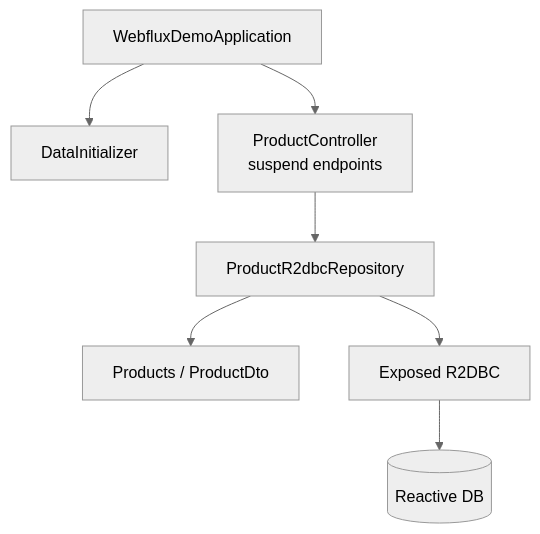
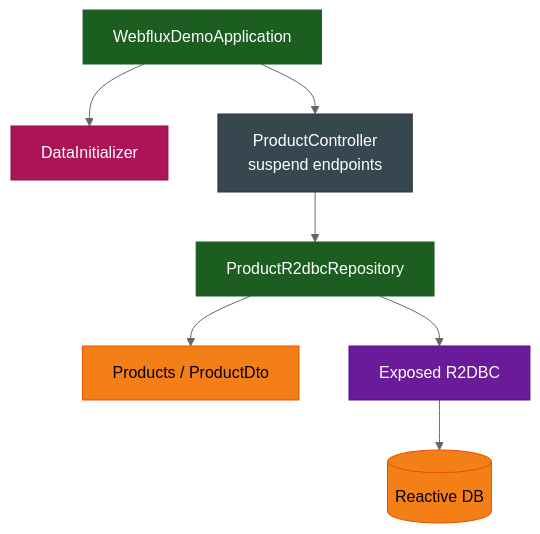
One commit to bluetape4k/bluetape4k-projects changed the second of 2 diagrams in spring-boot3/exposed-r2dbc-demo/README.ko.md. Above: the diagram before and after it, drawn with Mermaid (neutral theme). The commit also changed other lines of this file and 221 other files, not shown here.

First line of the commit message:
docs: 전체 모듈 README UML 다이어그램 보강 및 색상 업그레이드

````diff
--- a/spring-boot3/exposed-r2dbc-demo/README.ko.md
+++ b/spring-boot3/exposed-r2dbc-demo/README.ko.md
@@ -65,17 +72,31 @@
 ```mermaid
 flowchart TD
     App["WebfluxDemoApplication"]
     Init["DataInitializer"]
     Controller["ProductController<br/>suspend endpoints"]
     Repo["ProductR2dbcRepository"]
     Table["Products / ProductDto"]
     R2DBC["Exposed R2DBC"]
     DB[("Reactive DB")]
 
     App --> Init
     App --> Controller
     Controller --> Repo
     Repo --> Table
     Repo --> R2DBC
     R2DBC --> DB
+
+    classDef coreStyle fill:#1B5E20,stroke:#1B5E20,color:#FFFFFF
+    classDef asyncStyle fill:#6A1B9A,stroke:#4A148C,color:#FFFFFF
+    classDef extStyle fill:#37474F,stroke:#263238,color:#FFFFFF
+    classDef dataStyle fill:#F57F17,stroke:#E65100,color:#000000
+    classDef testStyle fill:#AD1457,stroke:#880E4F,color:#FFFFFF
+
+    class App coreStyle
+    class Init testStyle
+    class Controller extStyle
+    class Repo coreStyle
+    class Table dataStyle
+    class R2DBC asyncStyle
+    class DB dataStyle
 ```
````
